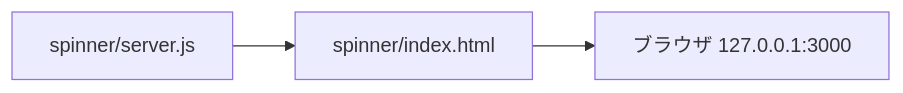
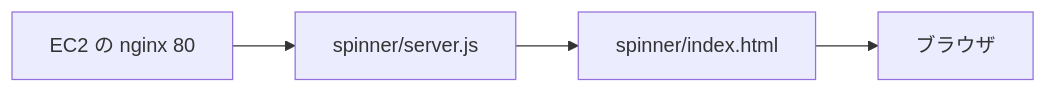
Before and after one commit to pfgnsb/hand-spinner: the diagram in spinner/ドキュメント/技術スタック.md, drawn with Mermaid. The commit also changed other lines of this file and 16 other files, not shown here.

````diff
--- a/spinner/ドキュメント/技術スタック.md
+++ b/spinner/ドキュメント/技術スタック.md
@@ -28,5 +28,6 @@
 ```mermaid
 flowchart LR
   server["spinner/server.js"] --> file["spinner/index.html"]
-  file --> browser["ブラウザ 127.0.0.1:3000"]
+  file --> browser["ブラウザ"]
+  nginx["EC2 の nginx 80"] --> server
 ```
````
